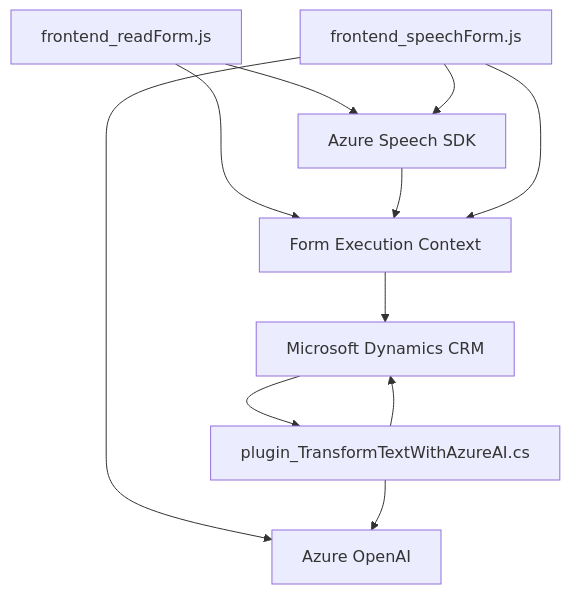
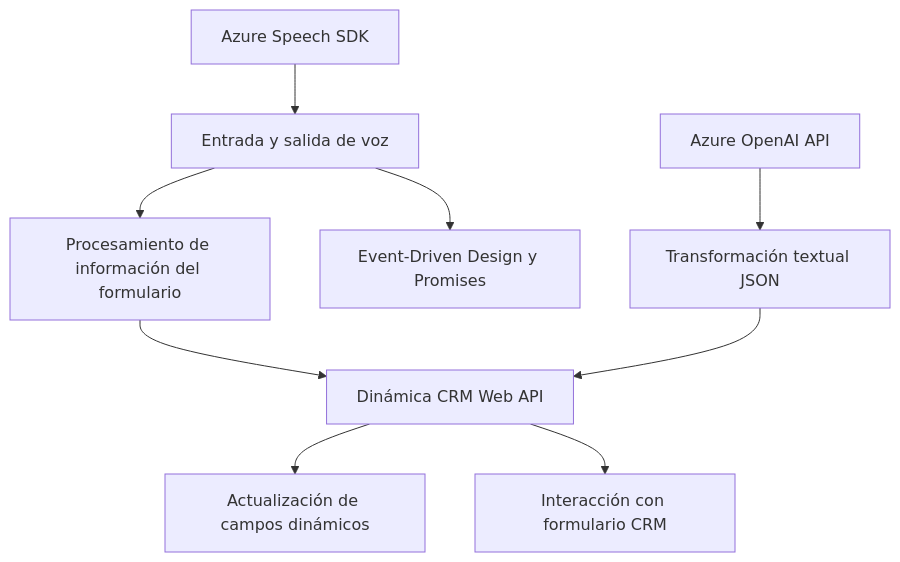
One commit to blopezdm/NETCORE_BILBAO2025 changed the diagram in README.md. Above: the diagram before and after it, drawn with Mermaid. The commit also changed other lines of this file, not shown here.

Commit message:
Actualizar análisis global de la solución con IA

````diff
--- a/README.md
+++ b/README.md
@@ -28,21 +61,11 @@
 ```mermaid
 graph TD
-    A["frontend_readForm.js"]
-    B["frontend_speechForm.js"]
-    C["plugin_TransformTextWithAzureAI.cs"]
-    D["Azure Speech SDK"]
-    E["Azure OpenAI"]
-    F["Microsoft Dynamics CRM"]
-    G["Form Execution Context"]
-
-    A --> D
-    A --> G
-    D --> G
-    B --> D
-    B --> E
-    B --> G
-    C --> E
-    C --> F
-    G --> F
-    F --> C
+    A["Azure Speech SDK"] --> B["Entrada y salida de voz"]
+    B --> C["Procesamiento de información del formulario"]
+    C --> D["Dinámica CRM Web API"]
+    D --> E["Actualización de campos dinámicos"]
+    F["Azure OpenAI API"] --> G["Transformación textual JSON"]
+    G --> D
+    B --> H["Event-Driven Design y Promises"]
+    D --> I["Interacción con formulario CRM"]
 ```
````
